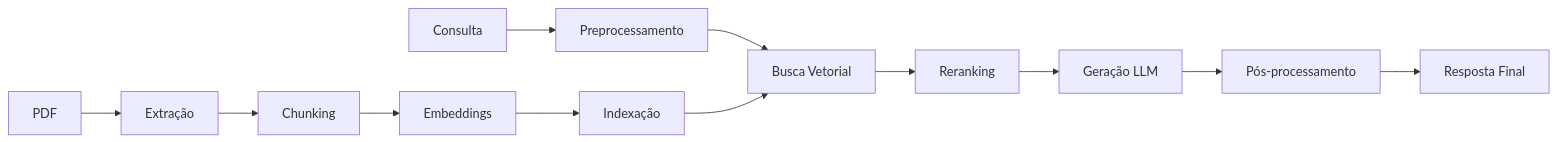
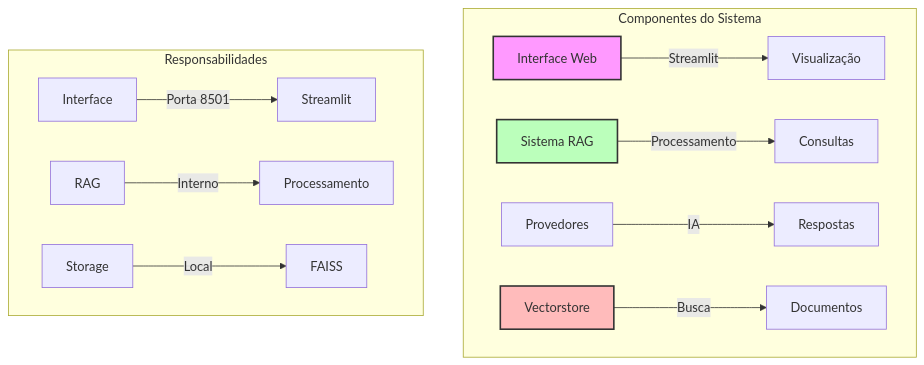
The third of 3 diagrams in README.md (romulobrito/RAG-ANTT), drawn with Mermaid before and after one commit. The commit also changed other lines of this file, not shown here.

````diff
--- a/README.md
+++ b/README.md
@@ -722,15 +110,19 @@
 ```mermaid
-graph LR
-    A[Consulta] --> B[Preprocessamento]
-    B --> C[Busca Vetorial]
-    C --> D[Reranking]
-    D --> E[Geração LLM]
-    E --> F[Pós-processamento]
-    F --> G[Resposta Final]
-    
-    H[PDF] --> I[Extração]
-    I --> J[Chunking]
-    J --> K[Embeddings]
-    K --> L[Indexação]
-    L --> C
+graph TB
+    subgraph "Componentes do Sistema"
+        A[Interface Web] -->|Streamlit| B[Visualização]
+        C[Sistema RAG] -->|Processamento| D[Consultas]
+        E[Provedores] -->|IA| F[Respostas]
+        G[Vectorstore] -->|Busca| H[Documentos]
+    end
+
+    subgraph "Responsabilidades"
+        I[Interface] -->|"Porta 8501"| J[Streamlit]
+        K[RAG] -->|"Interno"| L[Processamento]
+        M[Storage] -->|"Local"| N[FAISS]
+    end
+
+    style A fill:#f9f,stroke:#333,stroke-width:2px
+    style C fill:#bfb,stroke:#333,stroke-width:2px
+    style G fill:#fbb,stroke:#333,stroke-width:2px
 ```
````
